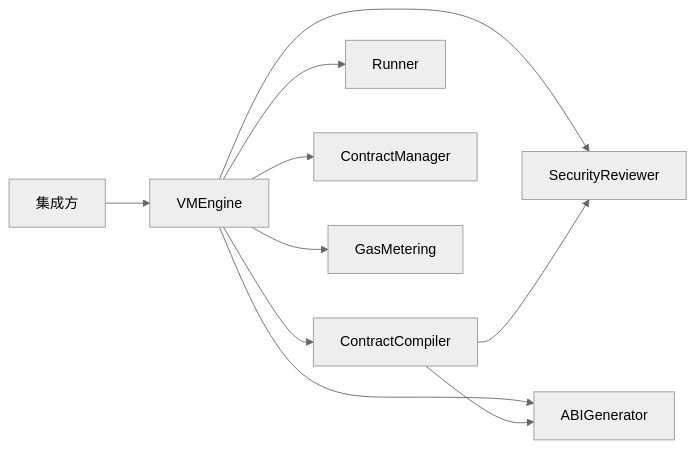
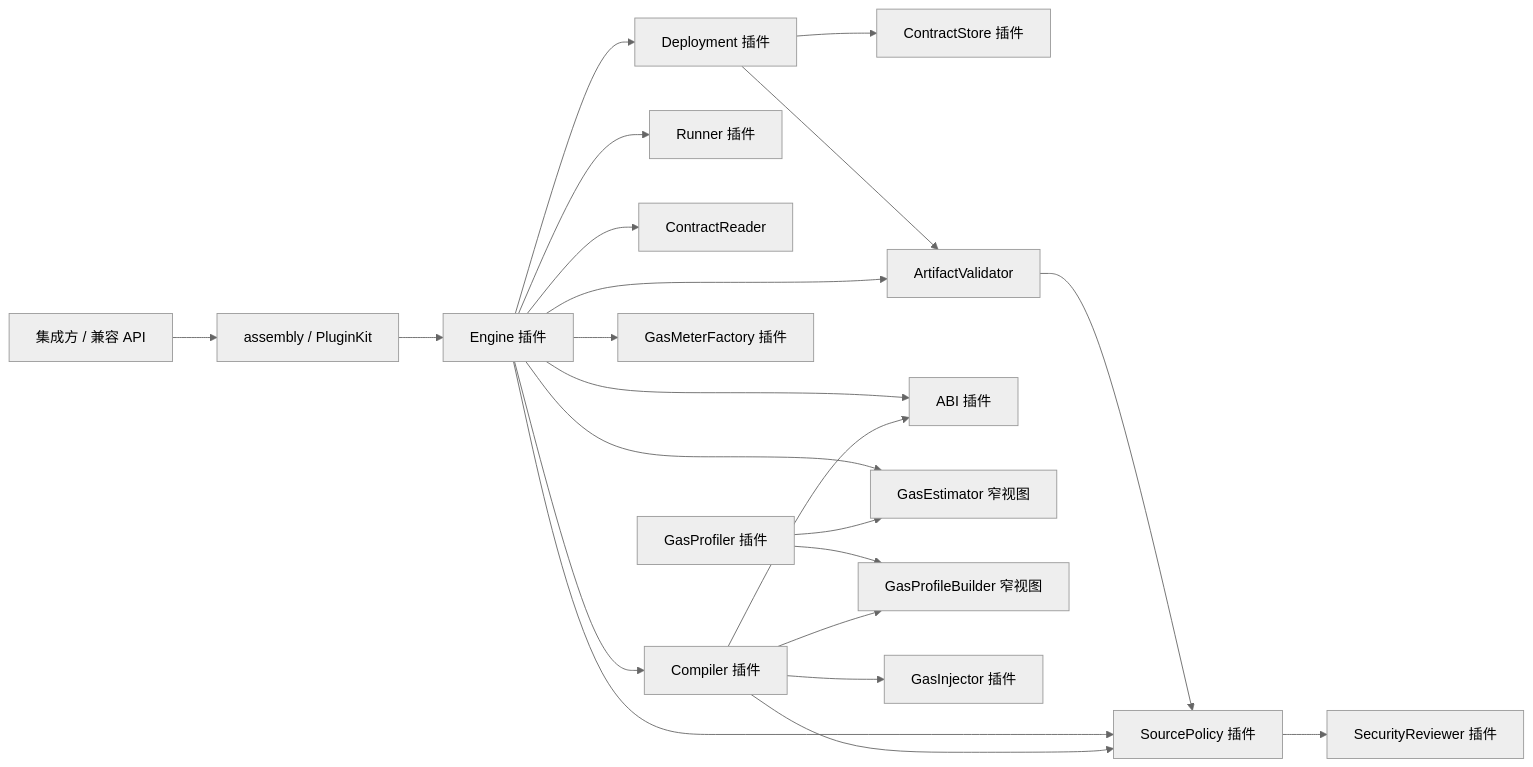
Before and after one commit to lengzhao/vm: the diagram in docs/modular_architecture_design.md, drawn with Mermaid (neutral theme). The commit also changed other lines of this file and 127 other files, not shown here.

````diff
--- a/docs/modular_architecture_design.md
+++ b/docs/modular_architecture_design.md
@@ -16,12 +16,24 @@
 ```mermaid
 flowchart LR
-    Client[集成方] --> Engine[VMEngine]
-    Engine --> Compiler[ContractCompiler]
-    Engine --> Runner[Runner]
-    Engine --> Store[ContractManager]
-    Engine --> Gas[GasMetering]
-    Engine --> Security[SecurityReviewer]
-    Engine --> ABIGen[ABIGenerator]
-    Compiler --> Security
-    Compiler --> ABIGen
+    Client[集成方 / 兼容 API] --> Assembly[assembly / PluginKit]
+    Assembly --> Engine[Engine 插件]
+    Engine --> Compiler[Compiler 插件]
+    Engine --> Runner[Runner 插件]
+    Engine --> Reader[ContractReader]
+    Engine --> Deployer[Deployment 插件]
+    Deployer --> Store[ContractStore 插件]
+    Deployer --> Validator[ArtifactValidator]
+    Engine --> Validator
+    Validator --> Policy
+    Engine --> Meters[GasMeterFactory 插件]
+    Engine --> Policy[SourcePolicy 插件]
+    Engine --> ABI[ABI 插件]
+    Engine --> Estimator[GasEstimator 窄视图]
+    Profiler[GasProfiler 插件] --> Estimator
+    Profiler --> Builder[GasProfileBuilder 窄视图]
+    Compiler --> Policy
+    Compiler --> ABI
+    Compiler --> Builder
+    Compiler --> Injector[GasInjector 插件]
+    Policy --> Security[SecurityReviewer 插件]
 ```
````
